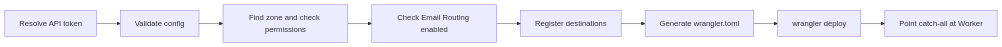
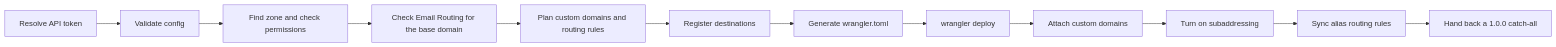
Before and after one commit to cbnventures/mailmask: the second of 2 diagrams in apps/docs/docs/reference/architecture.mdx, drawn with Mermaid. The commit also changed other lines of this file and 65 other files, not shown here.

Commit message:
Route mail with one rule per alias, attach the base domain and www, and support subdomain base domains

````diff
--- a/apps/docs/docs/reference/architecture.mdx
+++ b/apps/docs/docs/reference/architecture.mdx
@@ -81,10 +84,14 @@
 ```mermaid
 flowchart LR
     Token[Resolve API token] --> Validate[Validate config]
     Validate --> Zone[Find zone and check permissions]
-    Zone --> Routing[Check Email Routing enabled]
-    Routing --> Dest[Register destinations]
+    Zone --> Routing[Check Email Routing for the base domain]
+    Routing --> Plan[Plan custom domains and routing rules]
+    Plan --> Dest[Register destinations]
     Dest --> Generate[Generate wrangler.toml]
     Generate --> Publish[wrangler deploy]
-    Publish --> CatchAll[Point catch-all at Worker]
+    Publish --> Domains[Attach custom domains]
+    Domains --> Subaddress[Turn on subaddressing]
+    Subaddress --> Rules[Sync alias routing rules]
+    Rules --> CatchAll[Hand back a 1.0.0 catch-all]
 ```
````
